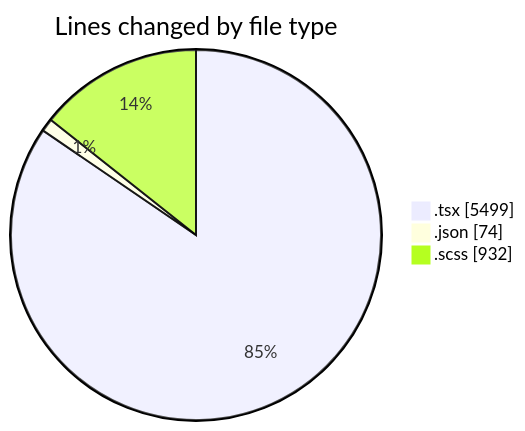
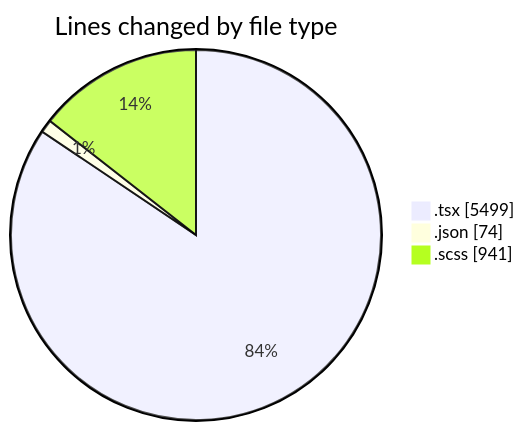
One commit to momahboobian/code-tracking changed the first of 2 diagrams in 2025-04-08/cda/README.md. Above: the diagram before and after it, drawn with Mermaid. The commit also changed other lines of this file and 1 other file, not shown here.

````diff
--- a/2025-04-08/cda/README.md
+++ b/2025-04-08/cda/README.md
@@ -39,7 +39,7 @@
 ```mermaid
 pie showData
 title Lines changed by file type
 ".tsx" : 5499
 ".json" : 74
-".scss" : 932
+".scss" : 941
 ```
````
